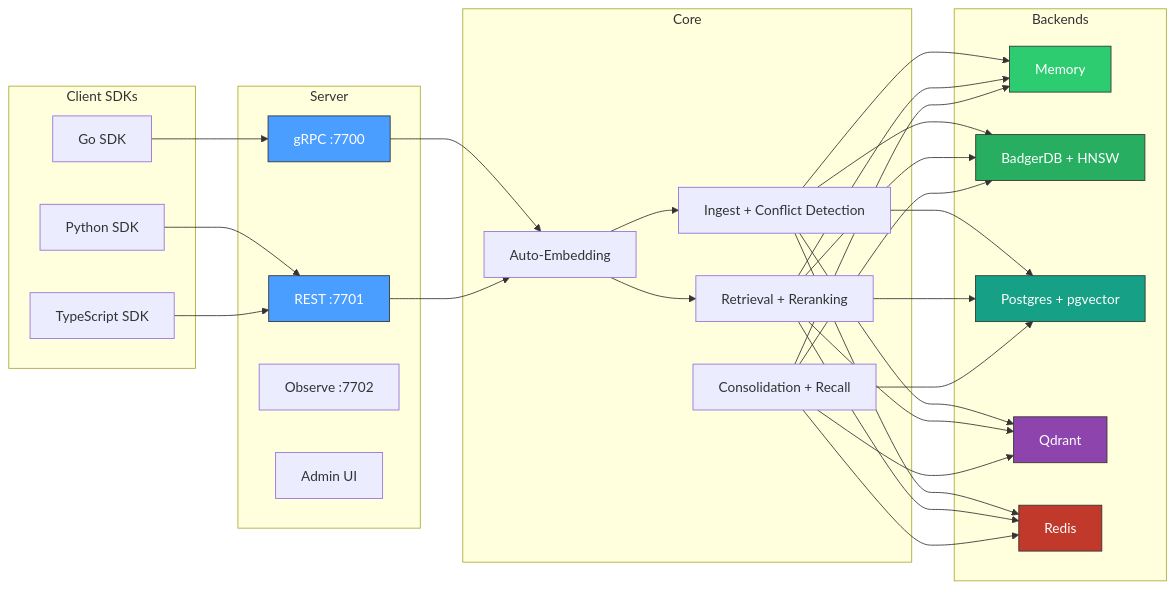
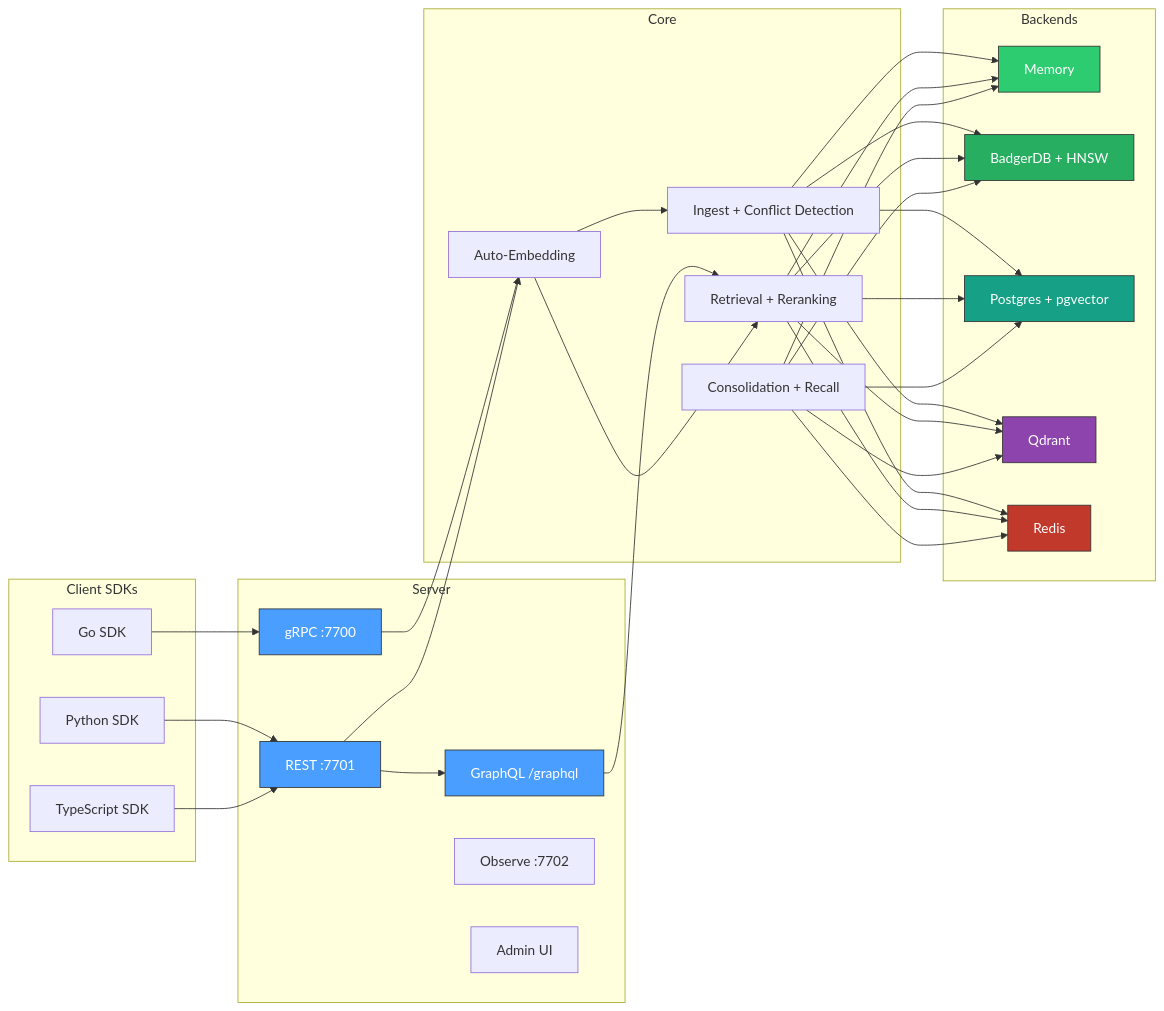
The diagram in docs/index.md (antiartificial/contextdb), drawn with Mermaid before and after one commit. The commit also changed other lines of this file and 41 other files, not shown here.

Commit message:
feat: add feedback and graph inspection APIs

````diff
--- a/docs/index.md
+++ b/docs/index.md
@@ -102,49 +102,53 @@
 ```mermaid
 graph LR
     subgraph Client SDKs
         GO[Go SDK]
         PY[Python SDK]
         TS[TypeScript SDK]
     end
 
     subgraph Server
         GRPC[gRPC :7700]
         REST[REST :7701]
+        GQL[GraphQL /graphql]
         OBS[Observe :7702]
         ADMIN[Admin UI]
     end
 
     subgraph Core
         EMB[Auto-Embedding]
         ING[Ingest + Conflict Detection]
         RET[Retrieval + Reranking]
         BG[Consolidation + Recall]
     end
 
     subgraph Backends
         MEM[Memory]
         BAD[BadgerDB + HNSW]
         PG[Postgres + pgvector]
         QD[Qdrant]
         RD[Redis]
     end
 
     GO --> GRPC
     PY --> REST
     TS --> REST
+    REST --> GQL
     GRPC --> EMB
     REST --> EMB
+    GQL --> RET
     EMB --> ING
     EMB --> RET
     ING --> MEM & BAD & PG & QD & RD
     RET --> MEM & BAD & PG & QD & RD
     BG --> MEM & BAD & PG & QD & RD
 
     style GRPC fill:#4a9eff,stroke:#333,color:#fff
     style REST fill:#4a9eff,stroke:#333,color:#fff
+    style GQL fill:#4a9eff,stroke:#333,color:#fff
     style MEM fill:#2ecc71,stroke:#333,color:#fff
     style BAD fill:#27ae60,stroke:#333,color:#fff
     style PG fill:#16a085,stroke:#333,color:#fff
     style QD fill:#8e44ad,stroke:#333,color:#fff
     style RD fill:#c0392b,stroke:#333,color:#fff
 ```
````
